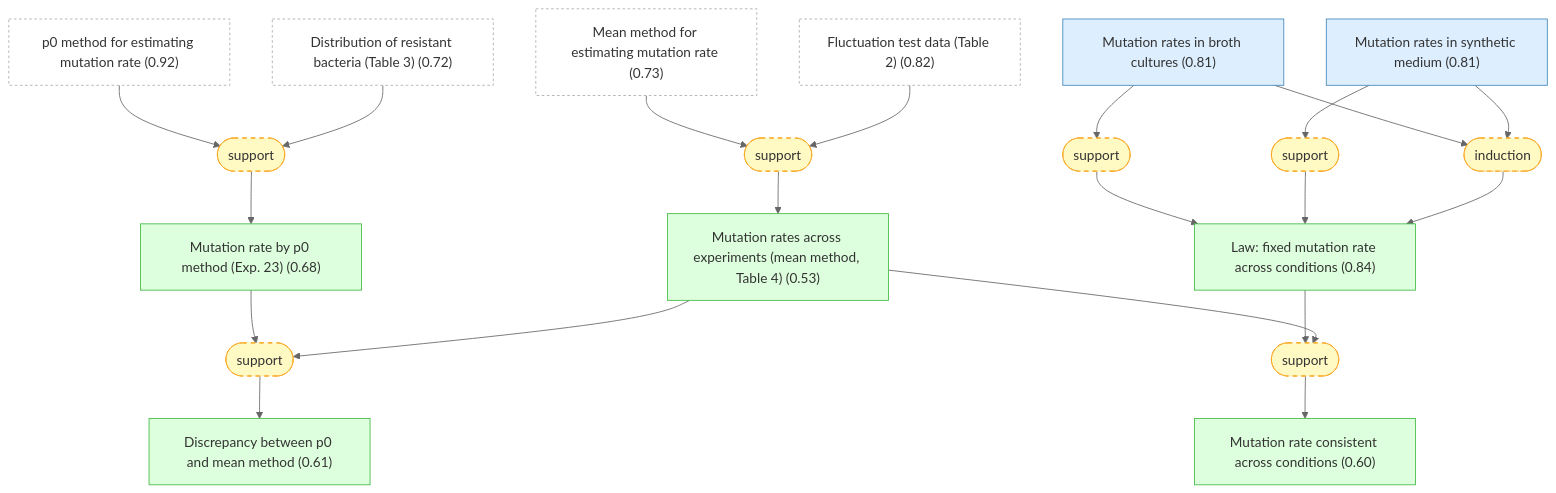
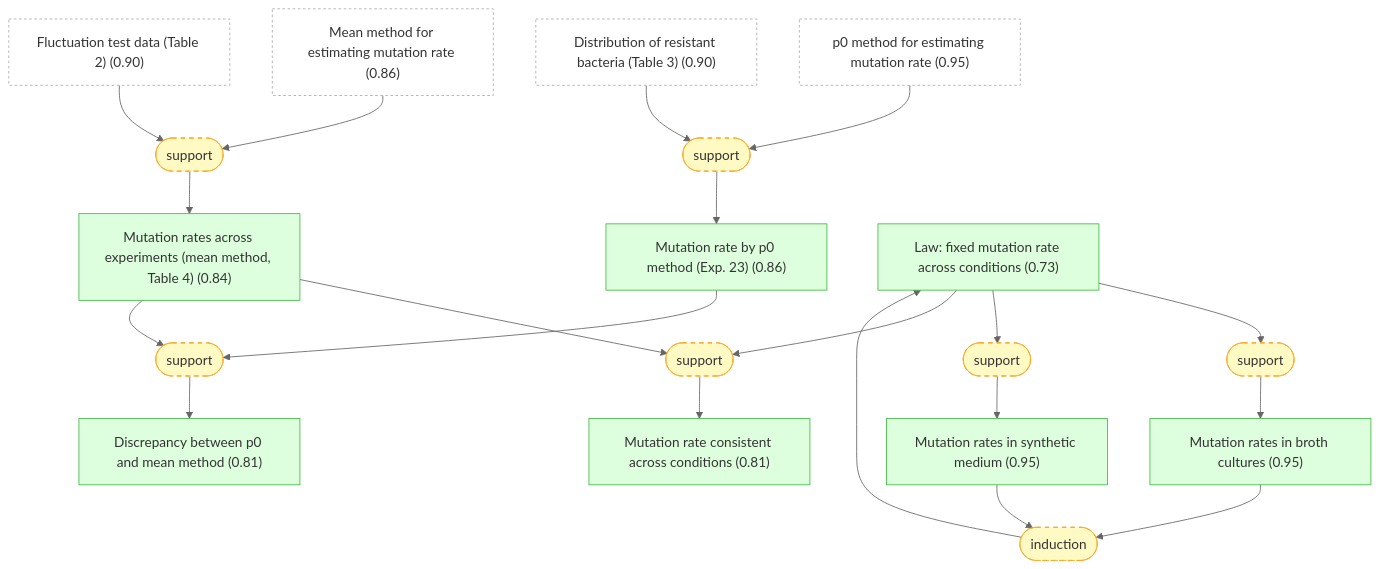
The fifth of 6 diagrams in docs/detailed-reasoning.md (kunyuan/luria-delbruck-fluctuation-gaia), drawn with Mermaid (neutral theme) before and after one commit. The commit also changed other lines of this file and 1 other file, not shown here.

````diff
--- a/docs/detailed-reasoning.md
+++ b/docs/detailed-reasoning.md
@@ -443,50 +443,50 @@
 ```mermaid
 graph TD
-    p0_mutation_rate_relation["p0 method for estimating mutation rate (0.92)"]:::external
-    mean_method_mutation_rate["Mean method for estimating mutation rate (0.73)"]:::external
-    fluctuation_data_table2["Fluctuation test data (Table 2) (0.82)"]:::external
-    fluctuation_data_table3["Distribution of resistant bacteria (Table 3) (0.72)"]:::external
-    mutation_rate_p0_method_exp23["Mutation rate by p0 method (Exp. 23) (0.68)"]:::derived
-    mutation_rate_mean_method["Mutation rates across experiments (mean method, Table 4) (0.53)"]:::derived
-    mutation_rate_consistent_across_conditions["Mutation rate consistent across conditions (0.60)"]:::derived
-    fixed_mutation_rate_law["Law: fixed mutation rate across conditions (0.84)"]:::derived
-    obs_broth_rate["Mutation rates in broth cultures (0.81)"]:::premise
-    obs_synth_rate["Mutation rates in synthetic medium (0.81)"]:::premise
-    mutation_rate_discrepancy_two_methods["Discrepancy between p0 and mean method (0.61)"]:::derived
+    p0_mutation_rate_relation["p0 method for estimating mutation rate (0.95)"]:::external
+    mean_method_mutation_rate["Mean method for estimating mutation rate (0.86)"]:::external
+    fluctuation_data_table2["Fluctuation test data (Table 2) (0.90)"]:::external
+    fluctuation_data_table3["Distribution of resistant bacteria (Table 3) (0.90)"]:::external
+    mutation_rate_p0_method_exp23["Mutation rate by p0 method (Exp. 23) (0.86)"]:::derived
+    mutation_rate_mean_method["Mutation rates across experiments (mean method, Table 4) (0.84)"]:::derived
+    mutation_rate_consistent_across_conditions["Mutation rate consistent across conditions (0.81)"]:::derived
+    fixed_mutation_rate_law["Law: fixed mutation rate across conditions (0.73)"]:::derived
+    obs_broth_rate["Mutation rates in broth cultures (0.95)"]:::derived
+    obs_synth_rate["Mutation rates in synthetic medium (0.95)"]:::derived
+    mutation_rate_discrepancy_two_methods["Discrepancy between p0 and mean method (0.81)"]:::derived
     strat_9(["support"]):::weak
     p0_mutation_rate_relation --> strat_9
     fluctuation_data_table3 --> strat_9
     strat_9 --> mutation_rate_p0_method_exp23
     strat_10(["support"]):::weak
     mean_method_mutation_rate --> strat_10
     fluctuation_data_table2 --> strat_10
     strat_10 --> mutation_rate_mean_method
     strat_11(["support"]):::weak
-    obs_broth_rate --> strat_11
-    strat_11 --> fixed_mutation_rate_law
+    fixed_mutation_rate_law --> strat_11
+    strat_11 --> obs_broth_rate
     strat_12(["support"]):::weak
-    obs_synth_rate --> strat_12
-    strat_12 --> fixed_mutation_rate_law
+    fixed_mutation_rate_law --> strat_12
+    strat_12 --> obs_synth_rate
     strat_13(["induction"]):::weak
     obs_broth_rate --> strat_13
     obs_synth_rate --> strat_13
     strat_13 --> fixed_mutation_rate_law
     strat_14(["support"]):::weak
     fixed_mutation_rate_law --> strat_14
     mutation_rate_mean_method --> strat_14
     strat_14 --> mutation_rate_consistent_across_conditions
     strat_15(["support"]):::weak
     mutation_rate_p0_method_exp23 --> strat_15
     mutation_rate_mean_method --> strat_15
     strat_15 --> mutation_rate_discrepancy_two_methods
 
     classDef setting fill:#f0f0f0,stroke:#999,color:#333
     classDef premise fill:#ddeeff,stroke:#4488bb,color:#333
     classDef derived fill:#ddffdd,stroke:#44bb44,color:#333
     classDef question fill:#fff3dd,stroke:#cc9944,color:#333
     classDef background fill:#f5f5f5,stroke:#bbb,stroke-dasharray: 5 5,color:#333
     classDef orphan fill:#fff,stroke:#ccc,stroke-dasharray: 5 5,color:#333
     classDef external fill:#fff,stroke:#aaa,stroke-dasharray: 3 3,color:#333
     classDef weak fill:#fff9c4,stroke:#f9a825,stroke-dasharray: 5 5,color:#333
     classDef contra fill:#ffebee,stroke:#c62828,color:#333
 ```
````
